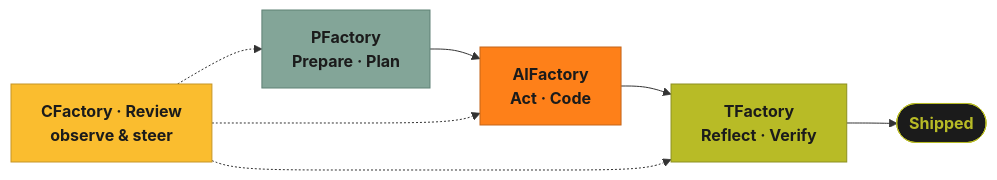
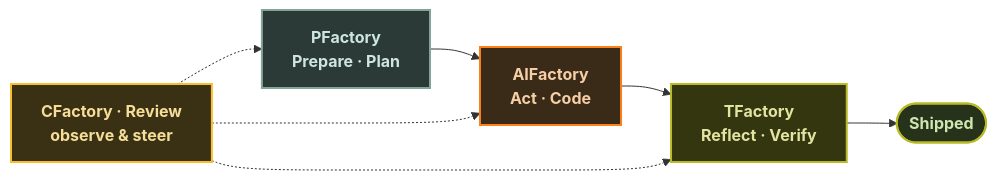
Before and after one commit to olafkfreund/Factory: the first of 2 diagrams in docs/index.md, drawn with Mermaid. The commit also changed other lines of this file and 8 other files, not shown here.

First line of the commit message:
docs: dark-fill diagram nodes so text is readable on the live site (#236)

````diff
--- a/docs/index.md
+++ b/docs/index.md
@@ -77,15 +77,15 @@
 ```mermaid
 flowchart LR
     P["PFactory<br/>Prepare · Plan"] --> A["AIFactory<br/>Act · Code"]
     A --> T["TFactory<br/>Reflect · Verify"]
     T --> S(["Shipped"])
     C["CFactory · Review<br/>observe &amp; steer"] -.-> P
     C -.-> A
     C -.-> T
-    classDef pf fill:#83a598,stroke:#5f8175,color:#1b1b1b,font-weight:bold;
-    classDef af fill:#fe8019,stroke:#c4641a,color:#1b1b1b,font-weight:bold;
-    classDef tf fill:#b8bb26,stroke:#8d9020,color:#1b1b1b,font-weight:bold;
-    classDef cf fill:#fabd2f,stroke:#c69526,color:#1b1b1b,font-weight:bold;
-    classDef sh fill:#1b1b1b,stroke:#b8bb26,color:#b8bb26,font-weight:bold;
+    classDef pf fill:#2b3a37,stroke:#83a598,stroke-width:2px,color:#cfe6de,font-weight:bold;
+    classDef af fill:#3a2b18,stroke:#fe8019,stroke-width:2px,color:#f6cfa6,font-weight:bold;
+    classDef tf fill:#33360f,stroke:#b8bb26,stroke-width:2px,color:#e2e4a0,font-weight:bold;
+    classDef cf fill:#3a3115,stroke:#fabd2f,stroke-width:2px,color:#f6dd98,font-weight:bold;
+    classDef sh fill:#26331a,stroke:#b8bb26,stroke-width:2px,color:#cfe6b0,font-weight:bold;
     class P pf; class A af; class T tf; class C cf; class S sh;
 ```
````
